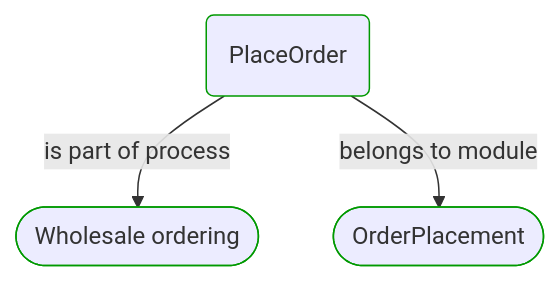
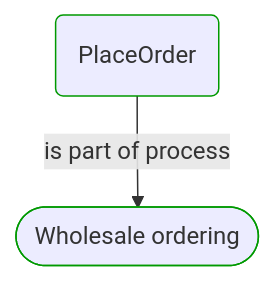
Before and after one commit to itlibrium/DDD-starter-dotnet: the first of 4 diagrams in Docs/P3/MermaidOutput/ProcessSteps/Sale/Wholesale ordering/PlaceOrder.md, drawn with Mermaid. The commit also changed other lines of this file and 174 other files, not shown here.

````diff
--- a/Docs/P3/MermaidOutput/ProcessSteps/Sale/Wholesale ordering/PlaceOrder.md
+++ b/Docs/P3/MermaidOutput/ProcessSteps/Sale/Wholesale ordering/PlaceOrder.md
@@ -20,14 +20,11 @@
 ```mermaid
   flowchart TB
     0(PlaceOrder)
     class 0 DomainPerspective
     1([Wholesale ordering])
     class 1 DomainPerspective
     0-->|is part of process|1
-    2([OrderPlacement])
-    class 2 DomainPerspective
-    0-->|belongs to module|2
     classDef DomainPerspective stroke:#009900
     classDef TechnologyPerspective stroke:#1F41EB
     classDef PeoplePerspective stroke:#FFF014
 ```
````
